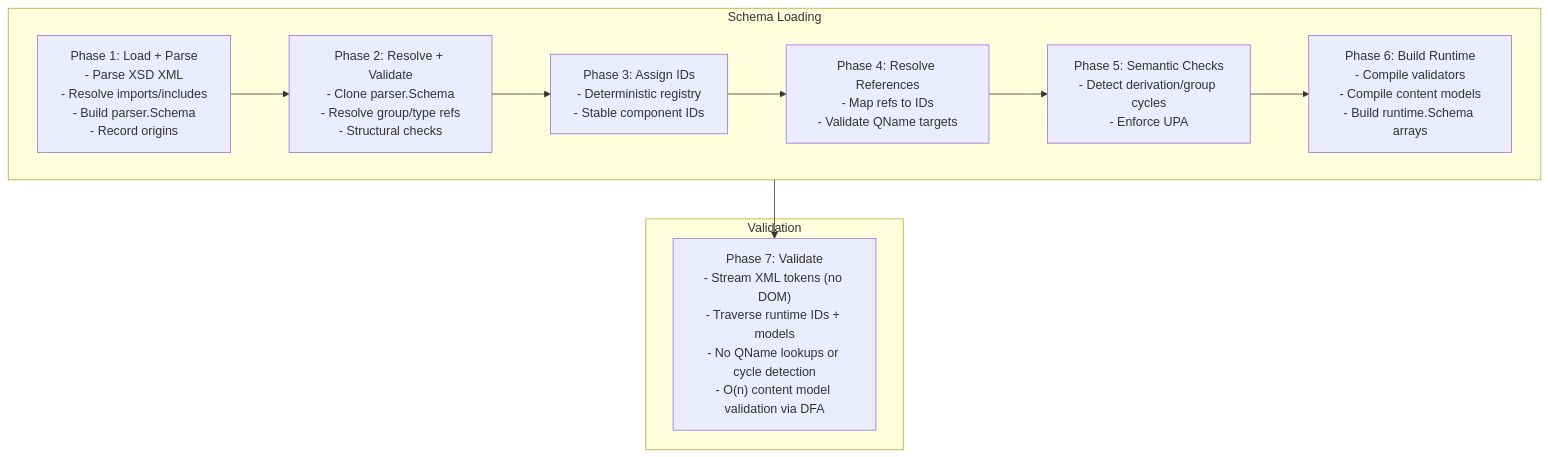
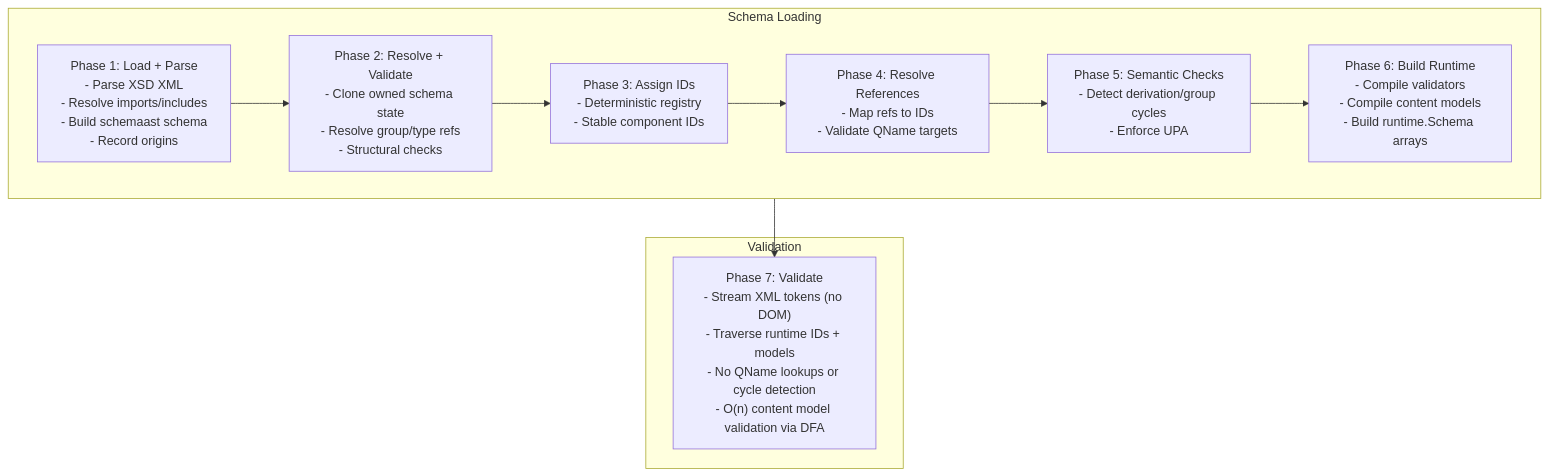
One commit to jacoelho/xsd changed the first of 5 diagrams in docs/architecture.md. Above: the diagram before and after it, drawn with Mermaid. The commit also changed other lines of this file and 817 other files, not shown here.

First line of the commit message:
Refactor/schema resolution boundaries (#83)

````diff
--- a/docs/architecture.md
+++ b/docs/architecture.md
@@ -26,17 +26,17 @@
 ```mermaid
 flowchart TD
   subgraph SchemaLoading["Schema Loading"]
     direction LR
-    P1["Phase 1: Load + Parse<br/>- Parse XSD XML<br/>- Resolve imports/includes<br/>- Build parser.Schema<br/>- Record origins"]
-    P2["Phase 2: Resolve + Validate<br/>- Clone parser.Schema<br/>- Resolve group/type refs<br/>- Structural checks"]
+    P1["Phase 1: Load + Parse<br/>- Parse XSD XML<br/>- Resolve imports/includes<br/>- Build schemaast schema<br/>- Record origins"]
+    P2["Phase 2: Resolve + Validate<br/>- Clone owned schema state<br/>- Resolve group/type refs<br/>- Structural checks"]
     P3["Phase 3: Assign IDs<br/>- Deterministic registry<br/>- Stable component IDs"]
     P4["Phase 4: Resolve References<br/>- Map refs to IDs<br/>- Validate QName targets"]
     P5["Phase 5: Semantic Checks<br/>- Detect derivation/group cycles<br/>- Enforce UPA"]
     P6["Phase 6: Build Runtime<br/>- Compile validators<br/>- Compile content models<br/>- Build runtime.Schema arrays"]
     P1 --> P2 --> P3 --> P4 --> P5 --> P6
   end
   subgraph Validation
     P7["Phase 7: Validate<br/>- Stream XML tokens (no DOM)<br/>- Traverse runtime IDs + models<br/>- No QName lookups or cycle detection<br/>- O(n) content model validation via DFA"]
   end
   P6 --> P7
 ```
````
